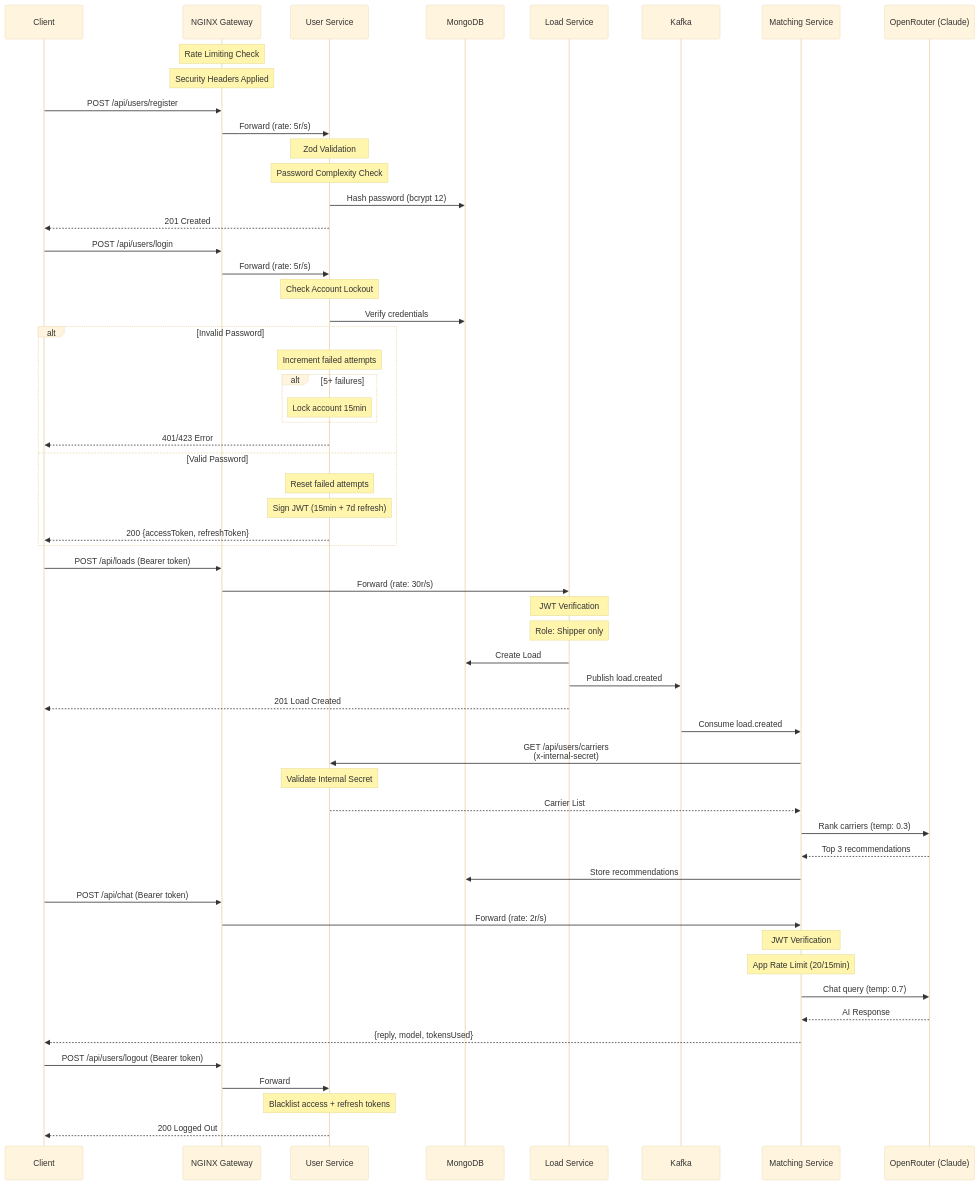
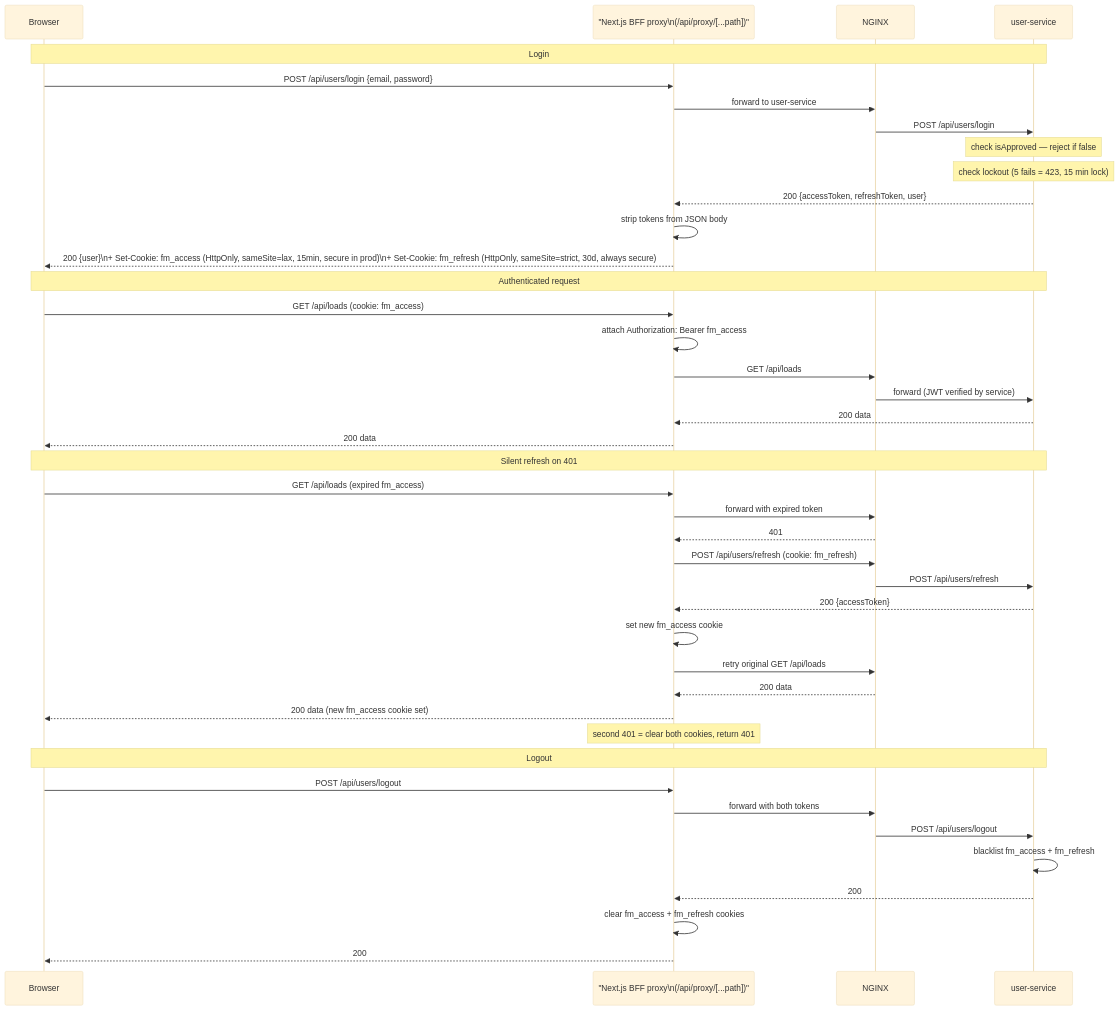
One commit to yigitbozyaka/freightmatch changed the third of 6 diagrams in docs/ARCHITECTURE.md. Above: the diagram before and after it, drawn with Mermaid (base theme). The commit also changed other lines of this file and 1 other file, not shown here.

First line of the commit message:
docs: rewrite ARCHITECTURE.md with renderable Mermaid diagrams

````diff
--- a/docs/ARCHITECTURE.md
+++ b/docs/ARCHITECTURE.md
@@ -145,66 +118,48 @@
 ```mermaid
 sequenceDiagram
-    participant C as Client
-    participant N as NGINX Gateway
-    participant U as User Service
-    participant DB as MongoDB
-    participant L as Load Service
-    participant K as Kafka
-    participant M as Matching Service
-    participant AI as OpenRouter (Claude)
+    participant Browser as Browser
+    participant BFF as "Next.js BFF proxy\n(/api/proxy/[...path])"
+    participant NGINX as NGINX
+    participant US as user-service
 
-    Note over N: Rate Limiting Check
-    Note over N: Security Headers Applied
+    Note over Browser,US: Login
+    Browser->>BFF: POST /api/users/login {email, password}
+    BFF->>NGINX: forward to user-service
+    NGINX->>US: POST /api/users/login
+    Note over US: check isApproved — reject if false
+    Note over US: check lockout (5 fails = 423, 15 min lock)
+    US-->>BFF: 200 {accessToken, refreshToken, user}
+    BFF->>BFF: strip tokens from JSON body
+    BFF-->>Browser: 200 {user}\n+ Set-Cookie: fm_access (HttpOnly, sameSite=lax, 15min, secure in prod)\n+ Set-Cookie: fm_refresh (HttpOnly, sameSite=strict, 30d, always secure)
 
-    C->>N: POST /api/users/register
-    N->>U: Forward (rate: 5r/s)
-    Note over U: Zod Validation
-    Note over U: Password Complexity Check
-    U->>DB: Hash password (bcrypt 12)
-    U-->>C: 201 Created
+    Note over Browser,US: Authenticated request
+    Browser->>BFF: GET /api/loads (cookie: fm_access)
+    BFF->>BFF: attach Authorization: Bearer fm_access
+    BFF->>NGINX: GET /api/loads
+    NGINX->>US: forward (JWT verified by service)
+    US-->>BFF: 200 data
+    BFF-->>Browser: 200 data
 
-    C->>N: POST /api/users/login
-    N->>U: Forward (rate: 5r/s)
-    Note over U: Check Account Lockout
-    U->>DB: Verify credentials
-    alt Invalid Password
-        Note over U: Increment failed attempts
-        alt 5+ failures
-            Note over U: Lock account 15min
-        end
-        U-->>C: 401/423 Error
-    else Valid Password
-        Note over U: Reset failed attempts
-        Note over U: Sign JWT (15min + 7d refresh)
-        U-->>C: 200 {accessToken, refreshToken}
-    end
+    Note over Browser,US: Silent refresh on 401
+    Browser->>BFF: GET /api/loads (expired fm_access)
+    BFF->>NGINX: forward with expired token
+    NGINX-->>BFF: 401
+    BFF->>NGINX: POST /api/users/refresh (cookie: fm_refresh)
+    NGINX->>US: POST /api/users/refresh
+    US-->>BFF: 200 {accessToken}
+    BFF->>BFF: set new fm_access cookie
+    BFF->>NGINX: retry original GET /api/loads
+    NGINX-->>BFF: 200 data
+    BFF-->>Browser: 200 data (new fm_access cookie set)
 
-    C->>N: POST /api/loads (Bearer token)
-    N->>L: Forward (rate: 30r/s)
-    Note over L: JWT Verification
-    Note over L: Role: Shipper only
-    L->>DB: Create Load
-    L->>K: Publish load.created
-    L-->>C: 201 Load Created
+    Note over BFF: second 401 = clear both cookies, return 401
 
-    K->>M: Consume load.created
-    M->>U: GET /api/users/carriers<br/>(x-internal-secret)
-    Note over U: Validate Internal Secret
-    U-->>M: Carrier List
-    M->>AI: Rank carriers (temp: 0.3)
-    AI-->>M: Top 3 recommendations
-    M->>DB: Store recommendations
-
-    C->>N: POST /api/chat (Bearer token)
-    N->>M: Forward (rate: 2r/s)
-    Note over M: JWT Verification
-    Note over M: App Rate Limit (20/15min)
-    M->>AI: Chat query (temp: 0.7)
-    AI-->>M: AI Response
-    M-->>C: {reply, model, tokensUsed}
-
-    C->>N: POST /api/users/logout (Bearer token)
-    N->>U: Forward
-    Note over U: Blacklist access + refresh tokens
-    U-->>C: 200 Logged Out
+    Note over Browser,US: Logout
+    Browser->>BFF: POST /api/users/logout
+    BFF->>NGINX: forward with both tokens
+    NGINX->>US: POST /api/users/logout
+    US->>US: blacklist fm_access + fm_refresh
+    US-->>BFF: 200
+    BFF->>BFF: clear fm_access + fm_refresh cookies
+    BFF-->>Browser: 200
 ```
````
